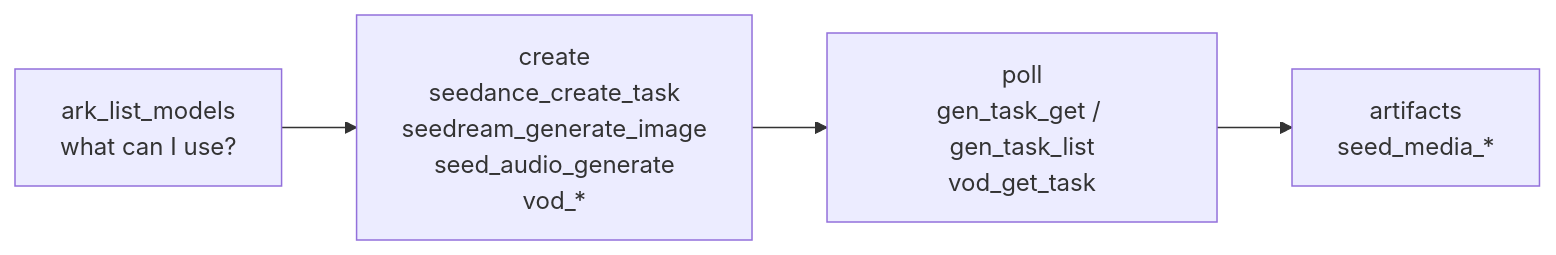
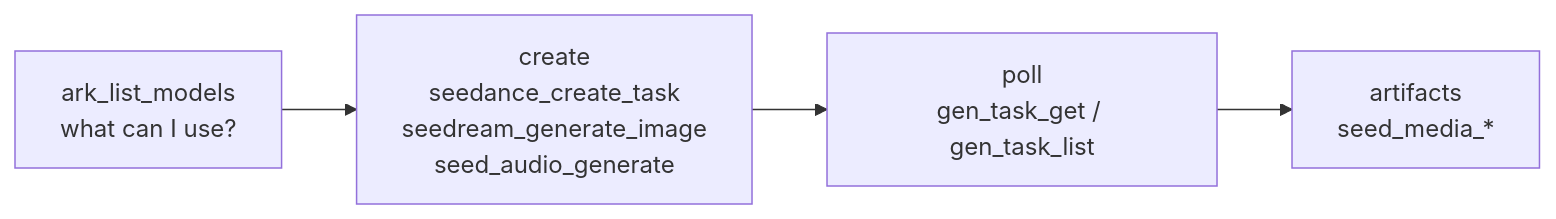
The diagram in docs/migration-0.2.md (byteplus-sa/ark-mcp), drawn with Mermaid before and after one commit. The commit also changed other lines of this file and 106 other files, not shown here.

````diff
--- a/docs/migration-0.2.md
+++ b/docs/migration-0.2.md
@@ -16,6 +16,6 @@
 ```mermaid
 flowchart LR
-  D["ark_list_models<br/>what can I use?"] --> C["create<br/>seedance_create_task<br/>seedream_generate_image<br/>seed_audio_generate<br/>vod_*"]
-  C --> P["poll<br/>gen_task_get / gen_task_list<br/>vod_get_task"]
+  D["ark_list_models<br/>what can I use?"] --> C["create<br/>seedance_create_task<br/>seedream_generate_image<br/>seed_audio_generate"]
+  C --> P["poll<br/>gen_task_get / gen_task_list"]
   P --> A["artifacts<br/>seed_media_*"]
 ```
````
